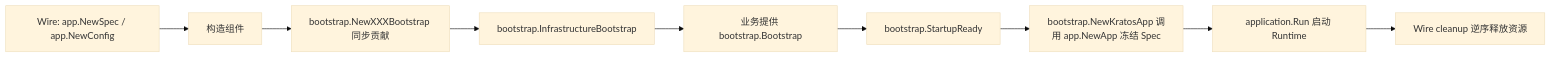
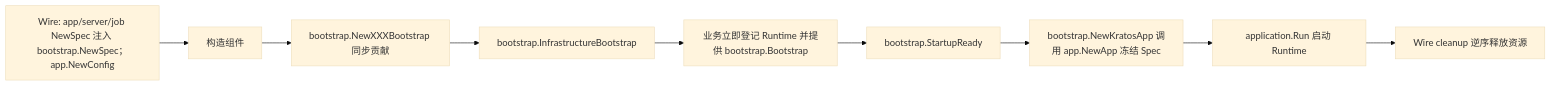
Before and after one commit to jaggerzhuang1994/kratos-foundation: the second of 3 diagrams in README.md, drawn with Mermaid (base theme). The commit also changed other lines of this file and 77 other files, not shown here.

Commit message:
refactor(bootstrap): 简化 Spec 蓝图组装与协议启用规则

````diff
--- a/README.md
+++ b/README.md
@@ -95,11 +97,11 @@
 ```mermaid
 flowchart LR
-    A[Wire: app.NewSpec / app.NewConfig] --> B[构造组件]
+    A[Wire: app/server/job NewSpec 注入 bootstrap.NewSpec；app.NewConfig] --> B[构造组件]
     B --> C[bootstrap.NewXXXBootstrap 同步贡献]
     C --> D[bootstrap.InfrastructureBootstrap]
-    D --> U[业务提供 bootstrap.Bootstrap]
+    D --> U[业务立即登记 Runtime 并提供 bootstrap.Bootstrap]
     U --> V[bootstrap.StartupReady]
     V --> E[bootstrap.NewKratosApp 调用 app.NewApp 冻结 Spec]
     E --> F[application.Run 启动 Runtime]
     F --> G[Wire cleanup 逆序释放资源]
 ```
````
